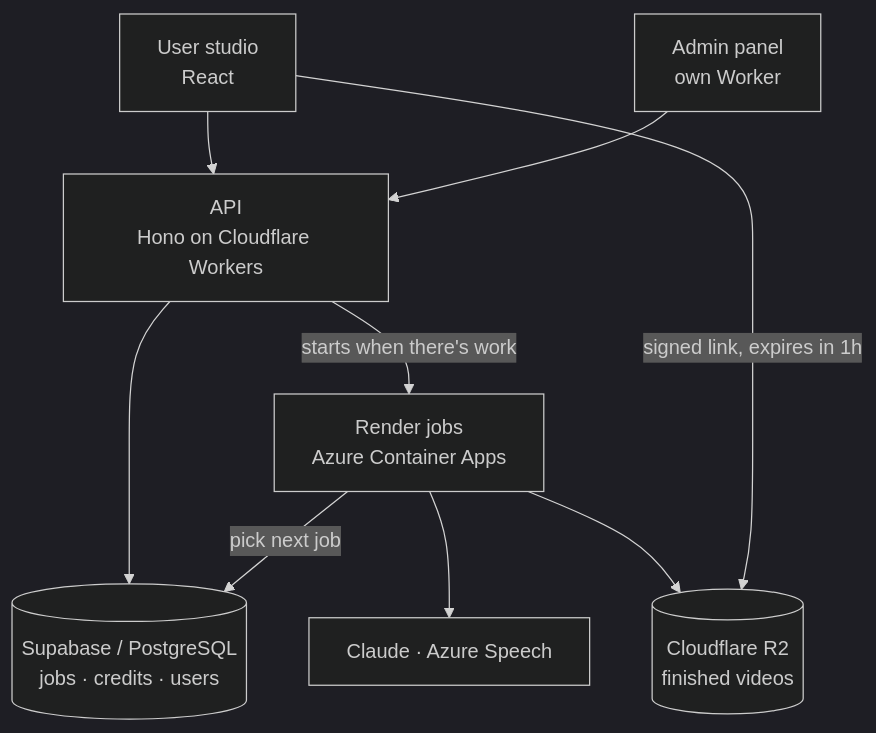
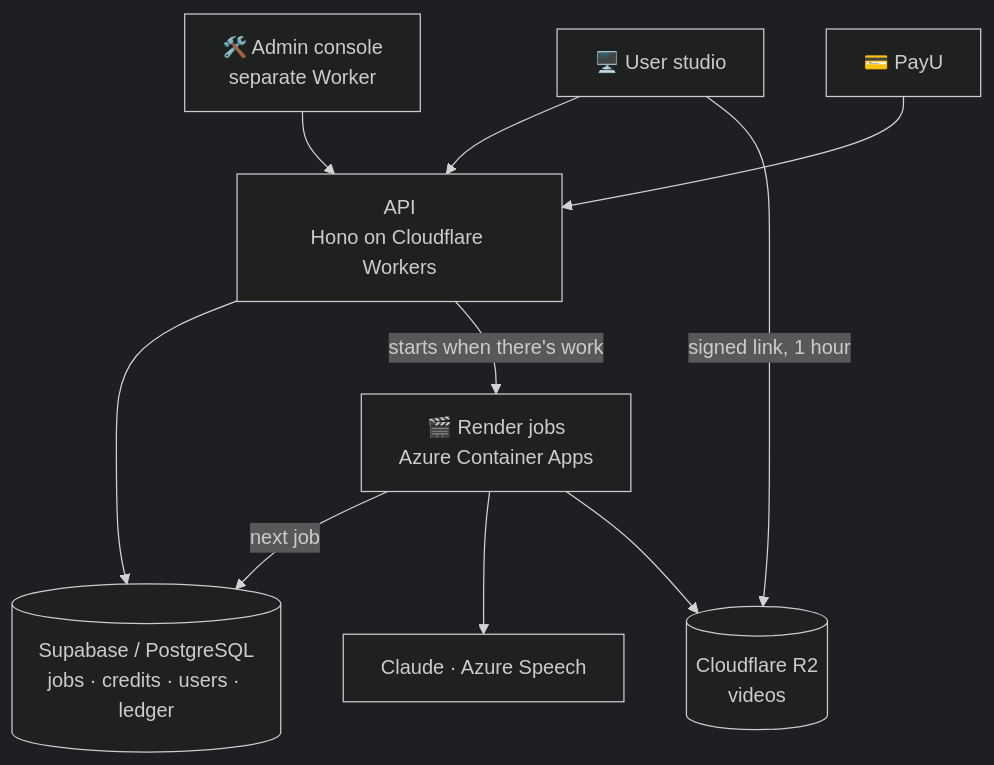
The third of 4 diagrams in README.md (shivamlaur022/motionmint-showcase), drawn with Mermaid (dark theme) before and after one commit. The commit also changed other lines of this file, not shown here.

Commit message:
Detailed product docs, module-by-module pages, infrastructure and flow diagrams

````diff
--- a/README.md
+++ b/README.md
@@ -57,11 +140,12 @@
 ```mermaid
 flowchart TB
-    U[User studio<br/>React] --> API[API<br/>Hono on Cloudflare Workers]
-    ADM[Admin panel<br/>own Worker] --> API
-    API --> DB[(Supabase / PostgreSQL<br/>jobs · credits · users)]
-    API -- starts when there's work --> J[Render jobs<br/>Azure Container Apps]
-    J -- pick next job --> DB
+    U[🖥️ User studio] --> API[API<br/>Hono on Cloudflare Workers]
+    A[🛠️ Admin console<br/>separate Worker] --> API
+    API --> DB[(Supabase / PostgreSQL<br/>jobs · credits · users · ledger)]
+    API -- starts when there's work --> J[🎬 Render jobs<br/>Azure Container Apps]
+    J -- next job --> DB
     J --> AI[Claude · Azure Speech]
-    J --> R2[(Cloudflare R2<br/>finished videos)]
-    U -- signed link, expires in 1h --> R2
+    J --> R2[(Cloudflare R2<br/>videos)]
+    U -- signed link, 1 hour --> R2
+    PU[💳 PayU] --> API
 ```
````
